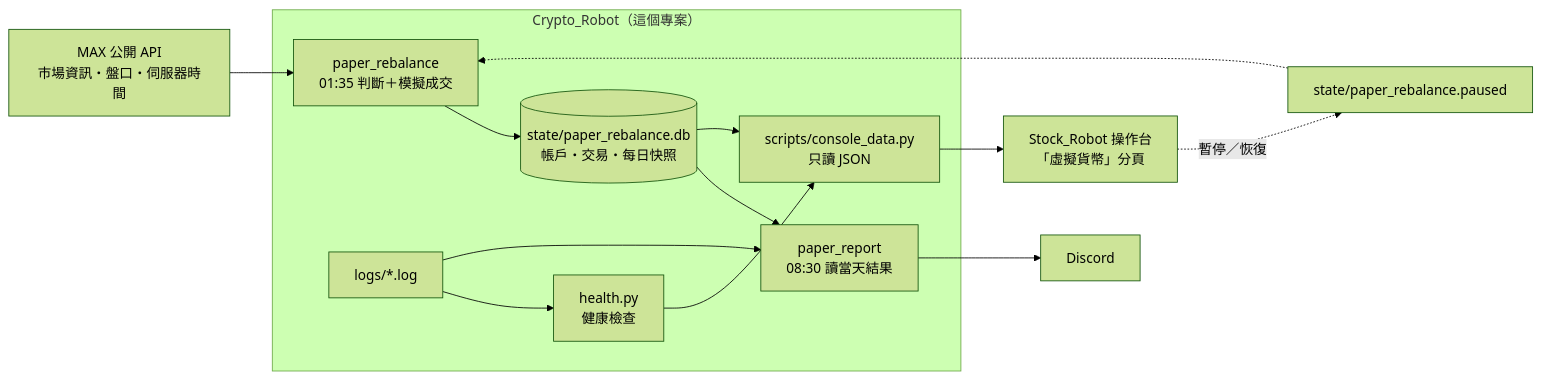
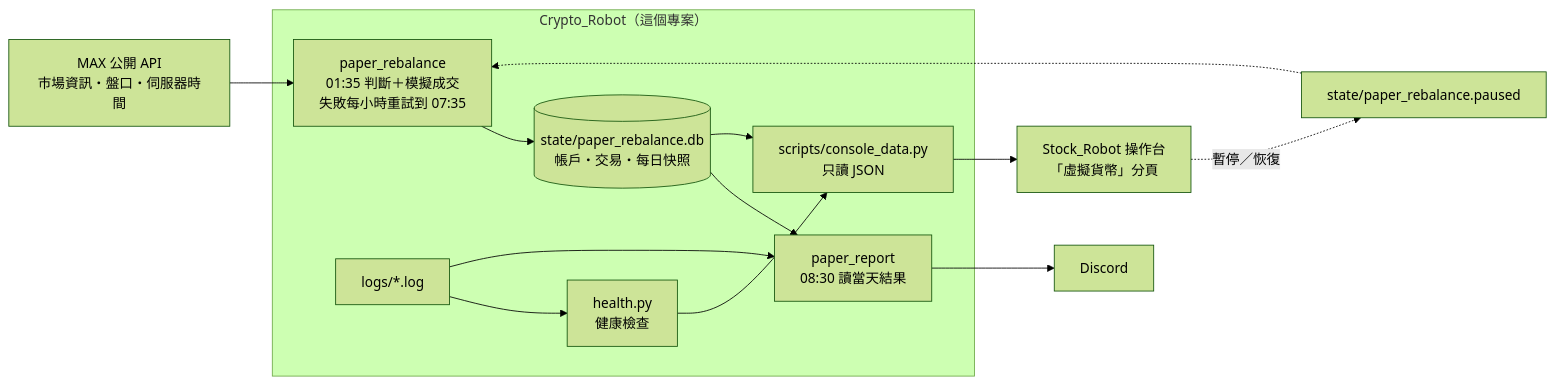
The first of 2 diagrams in docs/ARCHITECTURE.md (ShanHugo/Crypto_agent), drawn with Mermaid (forest theme) before and after one commit. The commit also changed other lines of this file and 9 other files, not shown here.

````diff
--- a/docs/ARCHITECTURE.md
+++ b/docs/ARCHITECTURE.md
@@ -55,16 +55,16 @@
 ```mermaid
 flowchart LR
   MAX[MAX 公開 API<br/>市場資訊・盤口・伺服器時間] --> PR
   subgraph CR[Crypto_Robot（這個專案）]
-    PR[paper_rebalance<br/>01:35 判斷＋模擬成交] --> DB[(state/paper_rebalance.db<br/>帳戶・交易・每日快照)]
+    PR[paper_rebalance<br/>01:35 判斷＋模擬成交<br/>失敗每小時重試到 07:35] --> DB[(state/paper_rebalance.db<br/>帳戶・交易・每日快照)]
     DB --> RP[paper_report<br/>08:30 讀當天結果]
     DB --> CD[scripts/console_data.py<br/>只讀 JSON]
     HC[health.py<br/>健康檢查] --> CD
     LOG[logs/*.log] --> HC
     LOG --> RP
   end
   RP --> DC[Discord]
   CD --> CON[Stock_Robot 操作台<br/>「虛擬貨幣」分頁]
   CON -. 暫停／恢復 .-> PAUSE[state/paper_rebalance.paused]
   PAUSE -.-> PR
 ```
````
